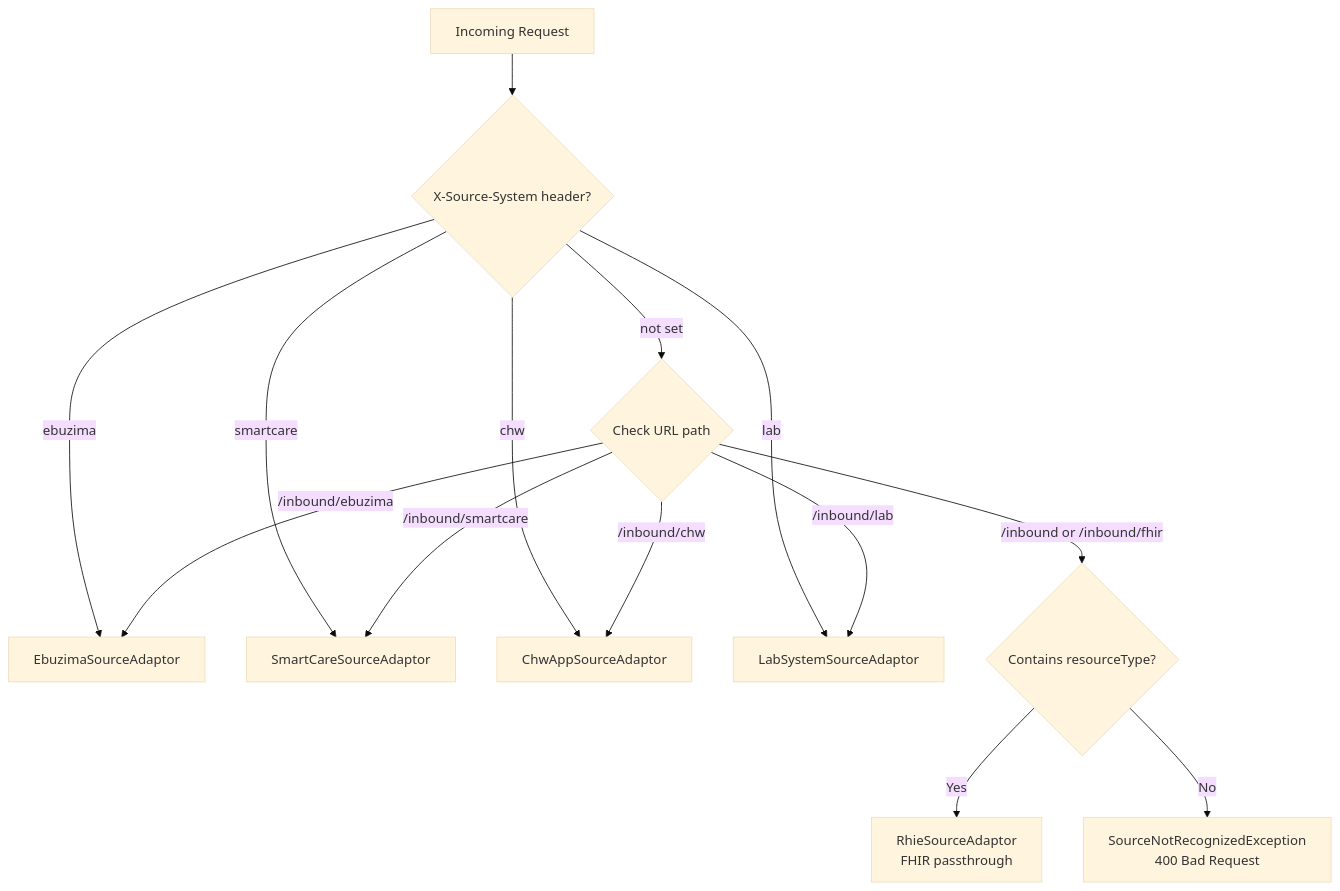
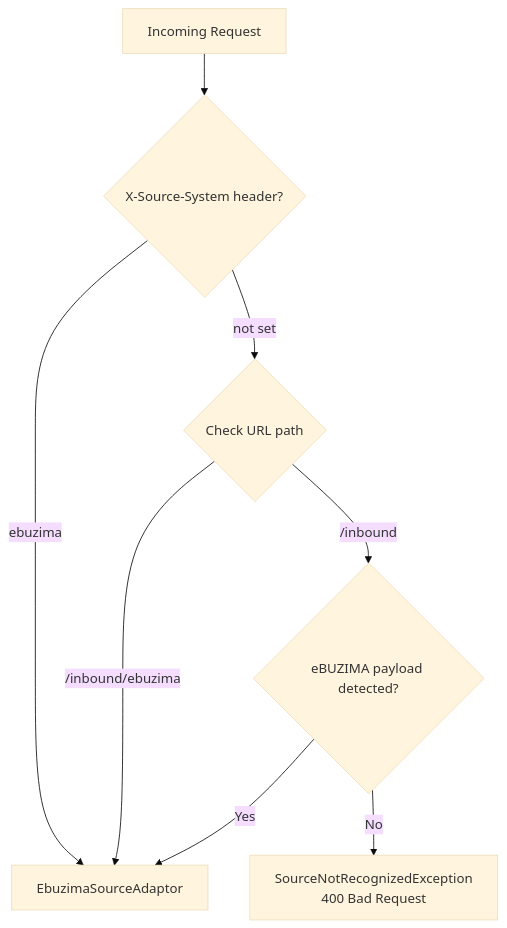
Before and after one commit to Jayaprakash8887/openhim-cce-emitter-adaptor: the fourth of 4 diagrams in docs/high-level-design.md, drawn with Mermaid (base theme). The commit also changed other lines of this file and 7 other files, not shown here.

````diff
--- a/docs/high-level-design.md
+++ b/docs/high-level-design.md
@@ -185,19 +183,13 @@
 ```mermaid
 flowchart TD
     A[Incoming Request] --> B{X-Source-System header?}
 
     B -->|ebuzima| C[EbuzimaSourceAdaptor]
-    B -->|smartcare| D[SmartCareSourceAdaptor]
-    B -->|chw| E[ChwAppSourceAdaptor]
-    B -->|lab| F[LabSystemSourceAdaptor]
     B -->|not set| G{Check URL path}
 
     G -->|/inbound/ebuzima| C
-    G -->|/inbound/smartcare| D
-    G -->|/inbound/chw| E
-    G -->|/inbound/lab| F
-    G -->|/inbound or /inbound/fhir| H{Contains resourceType?}
+    G -->|/inbound| H{eBUZIMA payload detected?}
 
-    H -->|Yes| I[RhieSourceAdaptor<br/>FHIR passthrough]
+    H -->|Yes| C
     H -->|No| J[SourceNotRecognizedException<br/>400 Bad Request]
 ```
````
